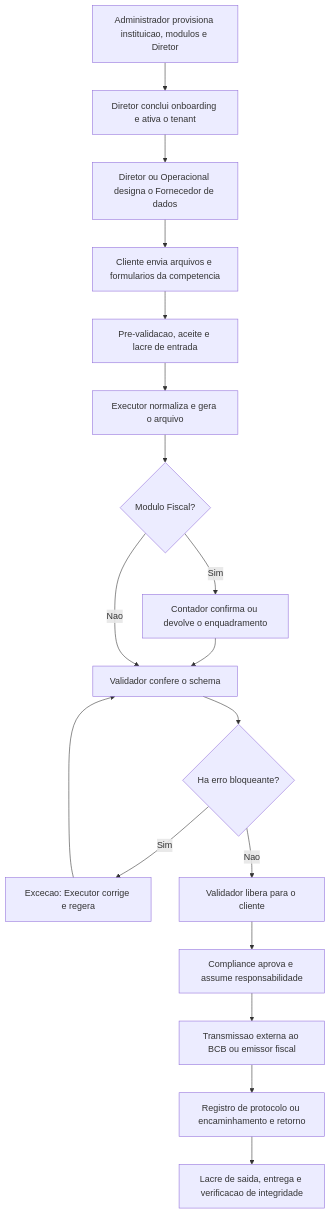
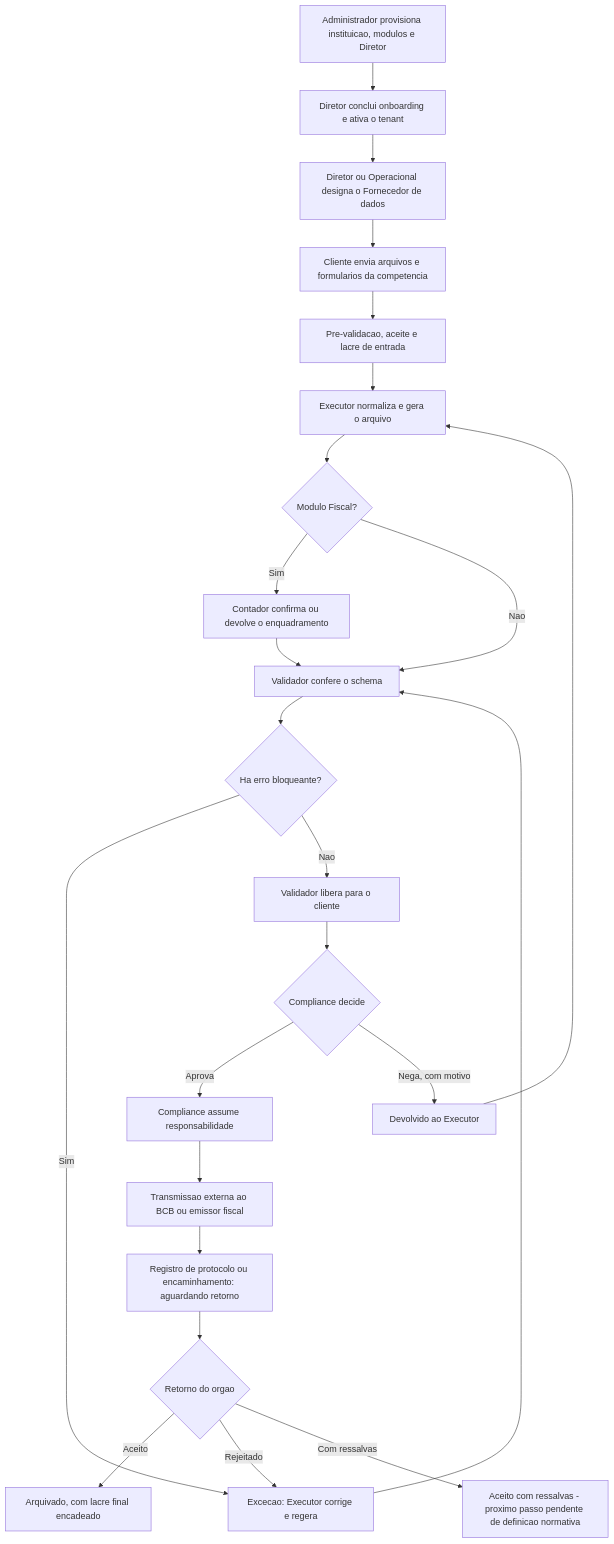
Before and after one commit to manucadev81/videnas-app: the diagram in docs/resumo-executivo-videnas.md, drawn with Mermaid. The commit also changed other lines of this file and 30 other files, not shown here.

First line of the commit message:
feat: approval flow R1 - Diretor denial, per-module approval, regulator return outcomes

````diff
--- a/docs/resumo-executivo-videnas.md
+++ b/docs/resumo-executivo-videnas.md
@@ -30,20 +30,26 @@
 ```mermaid
 flowchart TD
     A[Administrador provisiona instituicao, modulos e Diretor] --> B[Diretor conclui onboarding e ativa o tenant]
     B --> C[Diretor ou Operacional designa o Fornecedor de dados]
     C --> D[Cliente envia arquivos e formularios da competencia]
     D --> E[Pre-validacao, aceite e lacre de entrada]
     E --> F[Executor normaliza e gera o arquivo]
     F --> G{Modulo Fiscal?}
     G -- Sim --> H[Contador confirma ou devolve o enquadramento]
     H --> I[Validador confere o schema]
     G -- Nao --> I
     I --> J{Ha erro bloqueante?}
     J -- Sim --> K[Excecao: Executor corrige e regera]
     K --> I
     J -- Nao --> L[Validador libera para o cliente]
-    L --> M[Compliance aprova e assume responsabilidade]
-    M --> N[Transmissao externa ao BCB ou emissor fiscal]
-    N --> O[Registro de protocolo ou encaminhamento e retorno]
-    O --> P[Lacre de saida, entrega e verificacao de integridade]
+    L --> M{Compliance decide}
+    M -- Aprova --> N[Compliance assume responsabilidade]
+    M -- Nega, com motivo --> M2[Devolvido ao Executor]
+    M2 --> F
+    N --> O[Transmissao externa ao BCB ou emissor fiscal]
+    O --> P[Registro de protocolo ou encaminhamento: aguardando retorno]
+    P --> Q{Retorno do orgao}
+    Q -- Aceito --> R[Arquivado, com lacre final encadeado]
+    Q -- Rejeitado --> K
+    Q -- Com ressalvas --> S[Aceito com ressalvas - proximo passo pendente de definicao normativa]
 ```
````
